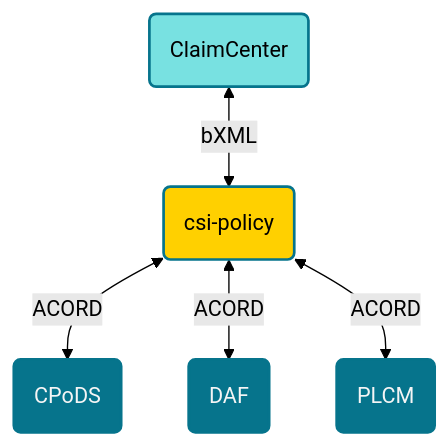
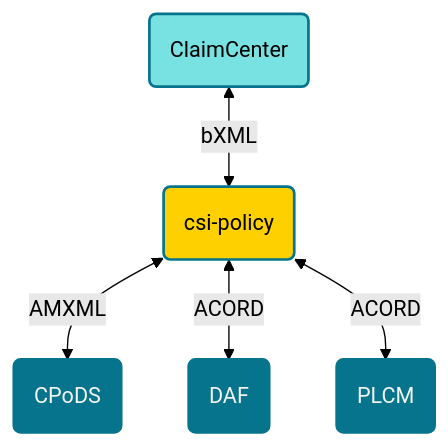
One commit to diwagers/pg-test-repo changed the first of 2 diagrams in README.md. Above: the diagram before and after it, drawn with Mermaid (forest theme).

Commit message:
Update README.md
testing pr's - switched cpod to amxml

````diff
--- a/README.md
+++ b/README.md
@@ -6,19 +6,19 @@
 ```mermaid
 flowchart TD
     idClaimCenter(ClaimCenter) <--> | bXML | idPolicy(csi-policy)
-    idPolicy(csi-policy) <--> | ACORD | idCpods(CPoDS)
+    idPolicy(csi-policy) <--> | AMXML | idCpods(CPoDS)
     idPolicy(csi-policy) <--> | ACORD | idDaf(DAF)
     idPolicy(csi-policy) <--> | ACORD | idPlcm(PLCM)
 
 class idClaimCenter teal;
 class idCia teal;
 class idCpods darkteal;
 class idDaf darkteal;
 class idPlcm darkteal;
 
 classDef default fill:#ffd000, stroke:#06748c, stroke-width:2px;
 classDef blue fill:#1a1446, stroke:#06748c, stroke-width:2px;
 classDef teal fill:#78e1e1, stroke:#06748c, stroke-width:2px;
 classDef darkteal fill:#06748c, stroke:#06748c, stroke-width:2px, color:#f5f5f5;
 classDef gray fill:#f5f5f5, stroke:#06748c, stroke-width:2px;
 ```
````
